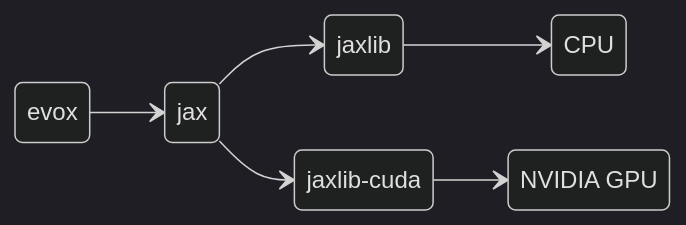
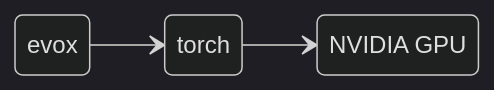
The first of 2 diagrams in docs/source/guide/install/install.md (EMI-Group/evox), drawn with Mermaid (dark theme) before and after one commit. The commit also changed other lines of this file, not shown here.

````diff
--- a/docs/source/guide/install/install.md
+++ b/docs/source/guide/install/install.md
@@ -29,13 +16,10 @@
 ```{mermaid}
 stateDiagram-v2
-    jaxlibCuda : jaxlib-cuda
+    torch : torch
     gpu : NVIDIA GPU
 
     direction LR
 
-    evox --> jax
-    jax --> jaxlib
-    jax --> jaxlibCuda
-    jaxlib --> CPU
-    jaxlibCuda --> gpu
+    evox --> torch
+    torch --> gpu
 ```
````
